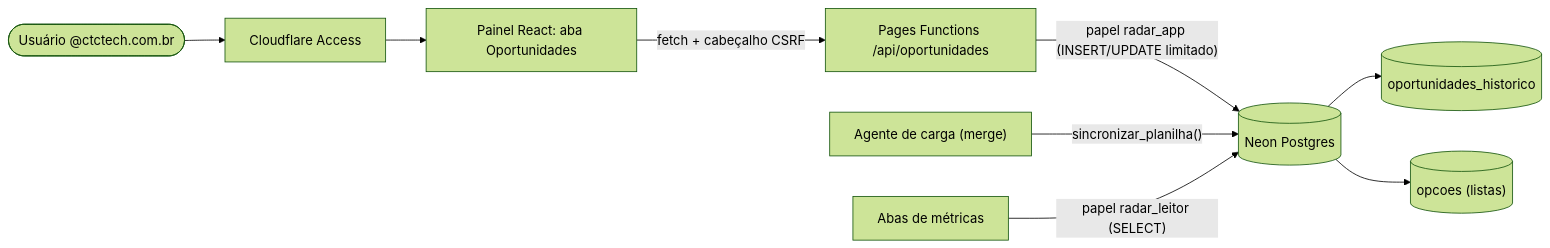
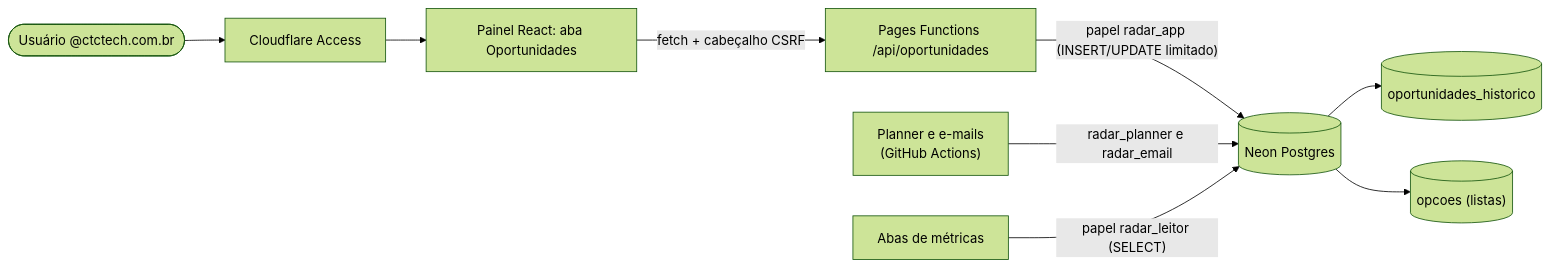
One commit to agentanalisedegoverno-svg/dashboard-metrics-team changed the diagram in docs/CADASTRO-OPORTUNIDADES.md. Above: the diagram before and after it, drawn with Mermaid (forest theme). The commit also changed other lines of this file and 23 other files, not shown here.

Commit message:
docs: atualizar arquitetura, diagramas (D1 a D19, SVG) e documentos ao estado de 28/10/2026

````diff
--- a/docs/CADASTRO-OPORTUNIDADES.md
+++ b/docs/CADASTRO-OPORTUNIDADES.md
@@ -84,11 +86,11 @@
 ```mermaid
 flowchart LR
   U(["Usuário @ctctech.com.br"]) --> ACC["Cloudflare Access"]
   ACC --> SPA["Painel React: aba Oportunidades"]
   SPA -->|"fetch + cabeçalho CSRF"| API["Pages Functions /api/oportunidades"]
   API -->|"papel radar_app (INSERT/UPDATE limitado)"| DB[("Neon Postgres")]
   DB --> HIST[("oportunidades_historico")]
   DB --> OPT[("opcoes (listas)")]
-  AG["Agente de carga (merge)"] -->|"sincronizar_planilha()"| DB
+  GHA["Planner e e-mails<br/>(GitHub Actions)"] -->|"radar_planner e radar_email"| DB
   SPA2["Abas de métricas"] -->|"papel radar_leitor (SELECT)"| DB
 ```
````
